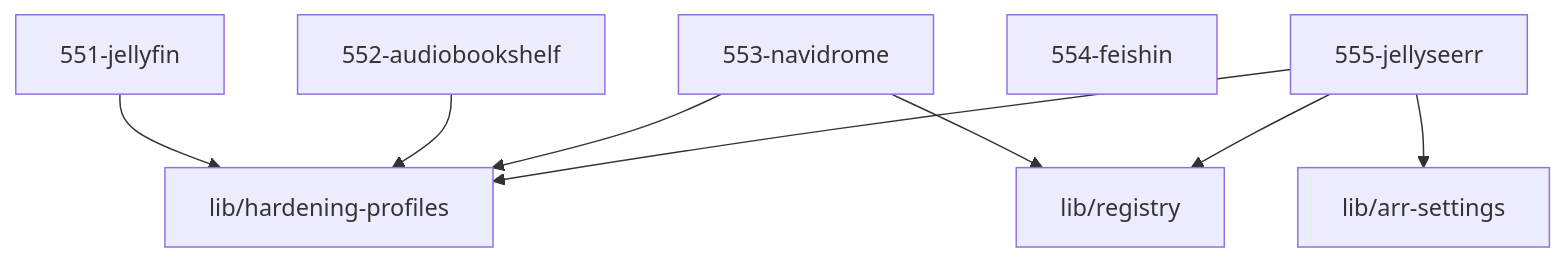
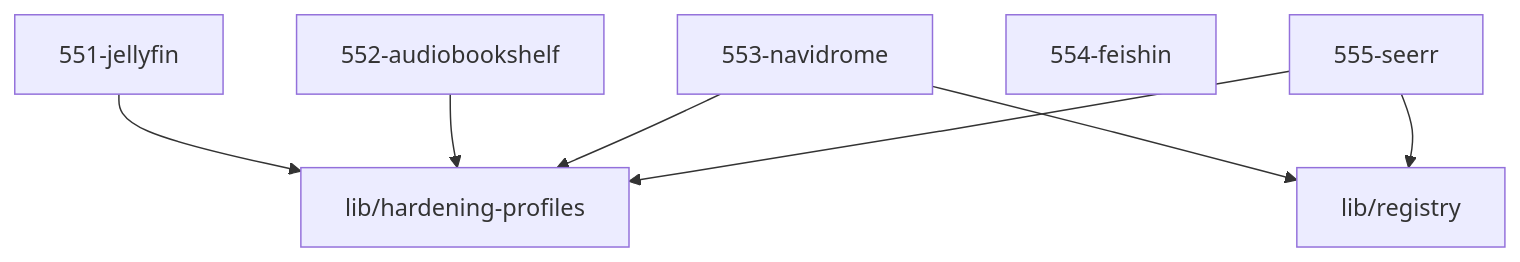
The diagram in 55-playback/AGENTS.md (grapefruit89/mediNix-core), drawn with Mermaid before and after one commit. The commit also changed other lines of this file and 59 other files, not shown here.

````diff
--- a/55-playback/AGENTS.md
+++ b/55-playback/AGENTS.md
@@ -28,11 +27,10 @@
 ```mermaid
 graph TD
   551_jellyfin["551-jellyfin"] --> hardening_profiles["lib/hardening-profiles"]
   552_audiobookshelf["552-audiobookshelf"] --> hardening_profiles["lib/hardening-profiles"]
   553_navidrome["553-navidrome"] --> hardening_profiles["lib/hardening-profiles"]
   553_navidrome["553-navidrome"] --> registry["lib/registry"]
   554_feishin["554-feishin"]
-  555_jellyseerr["555-jellyseerr"] --> arr_settings["lib/arr-settings"]
-  555_jellyseerr["555-jellyseerr"] --> hardening_profiles["lib/hardening-profiles"]
-  555_jellyseerr["555-jellyseerr"] --> registry["lib/registry"]
+  555_seerr["555-seerr"] --> hardening_profiles["lib/hardening-profiles"]
+  555_seerr["555-seerr"] --> registry["lib/registry"]
 ```
````
